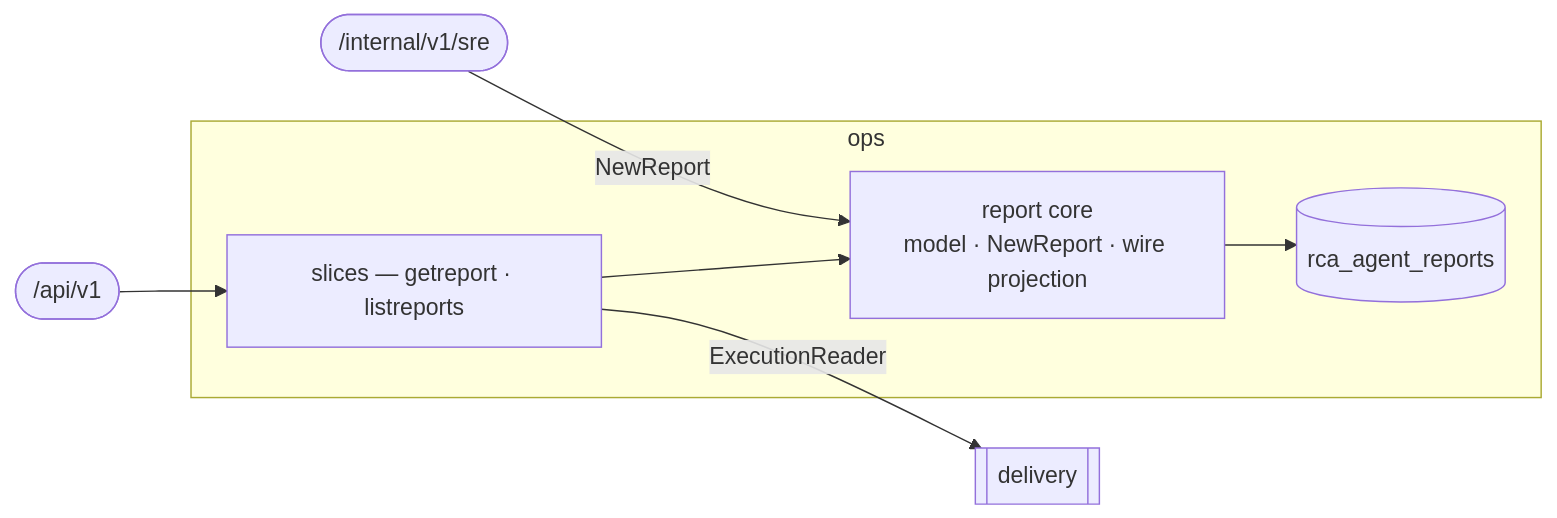
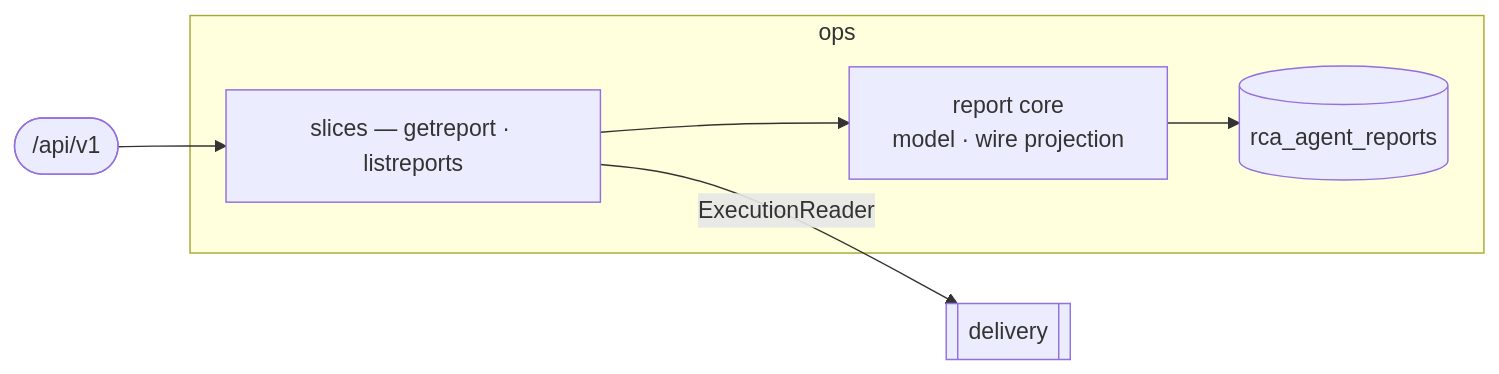
The diagram in services/aep-api/internal/ops/README.md (wso2/labs-agentic-engineer), drawn with Mermaid before and after one commit. The commit also changed other lines of this file and 9 other files, not shown here.

Commit message:
refactor(ops): drop the RCA-report writer nothing calls since the SRE handoff moved to MCP

````diff
--- a/services/aep-api/internal/ops/README.md
+++ b/services/aep-api/internal/ops/README.md
@@ -8,12 +8,11 @@
 ```mermaid
 flowchart LR
   API(["/api/v1"]) --> SL
-  INT(["/internal/v1/sre"]) -->|NewReport| CORE
   subgraph ops
     SL["slices — getreport · listreports"]
-    CORE["report core<br/>model · NewReport · wire projection"]
+    CORE["report core<br/>model · wire projection"]
     SL --> CORE
     CORE --> DB[("rca_agent_reports")]
   end
   SL -->|ExecutionReader| DEL[[delivery]]
 ```
````
